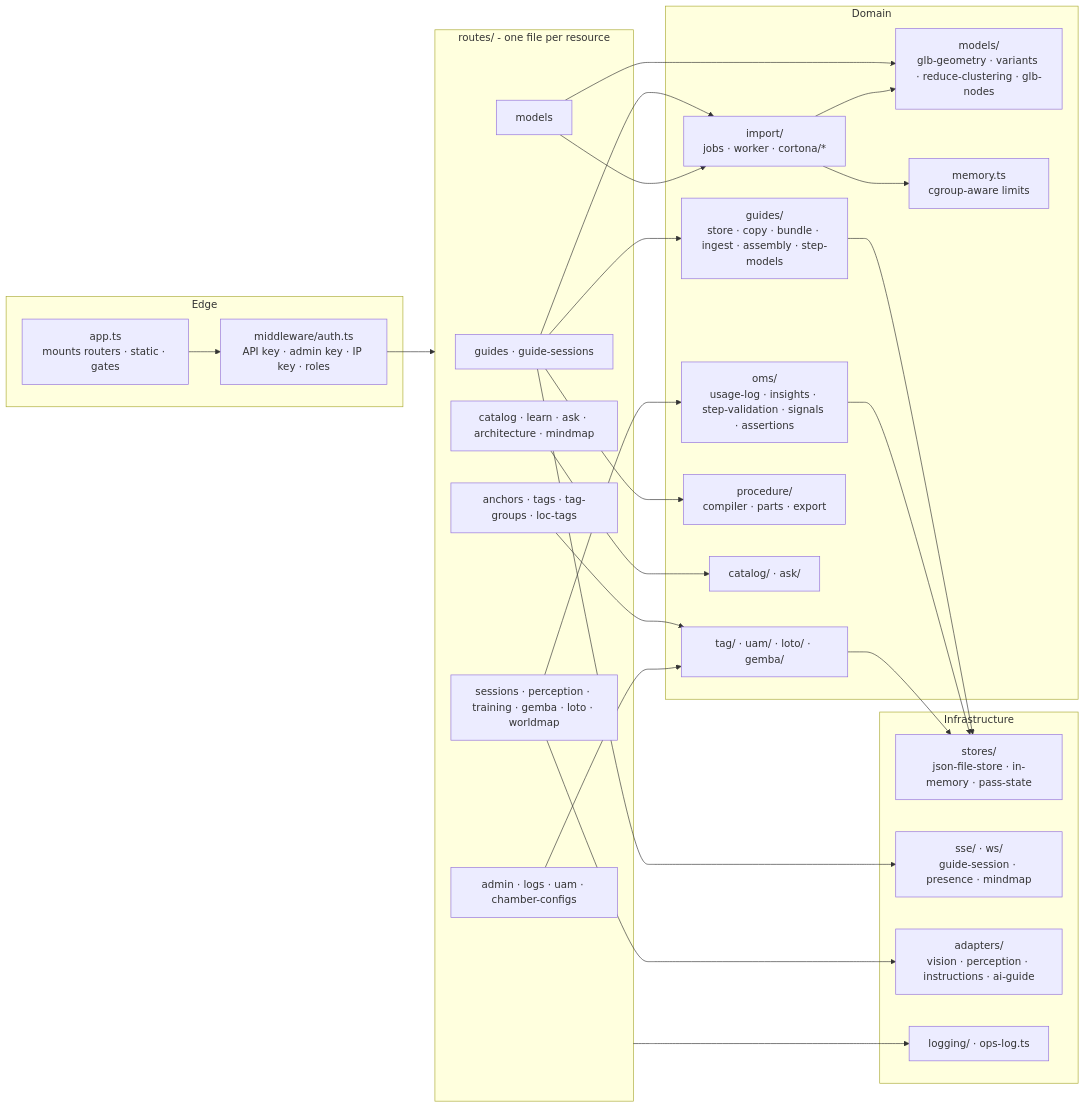
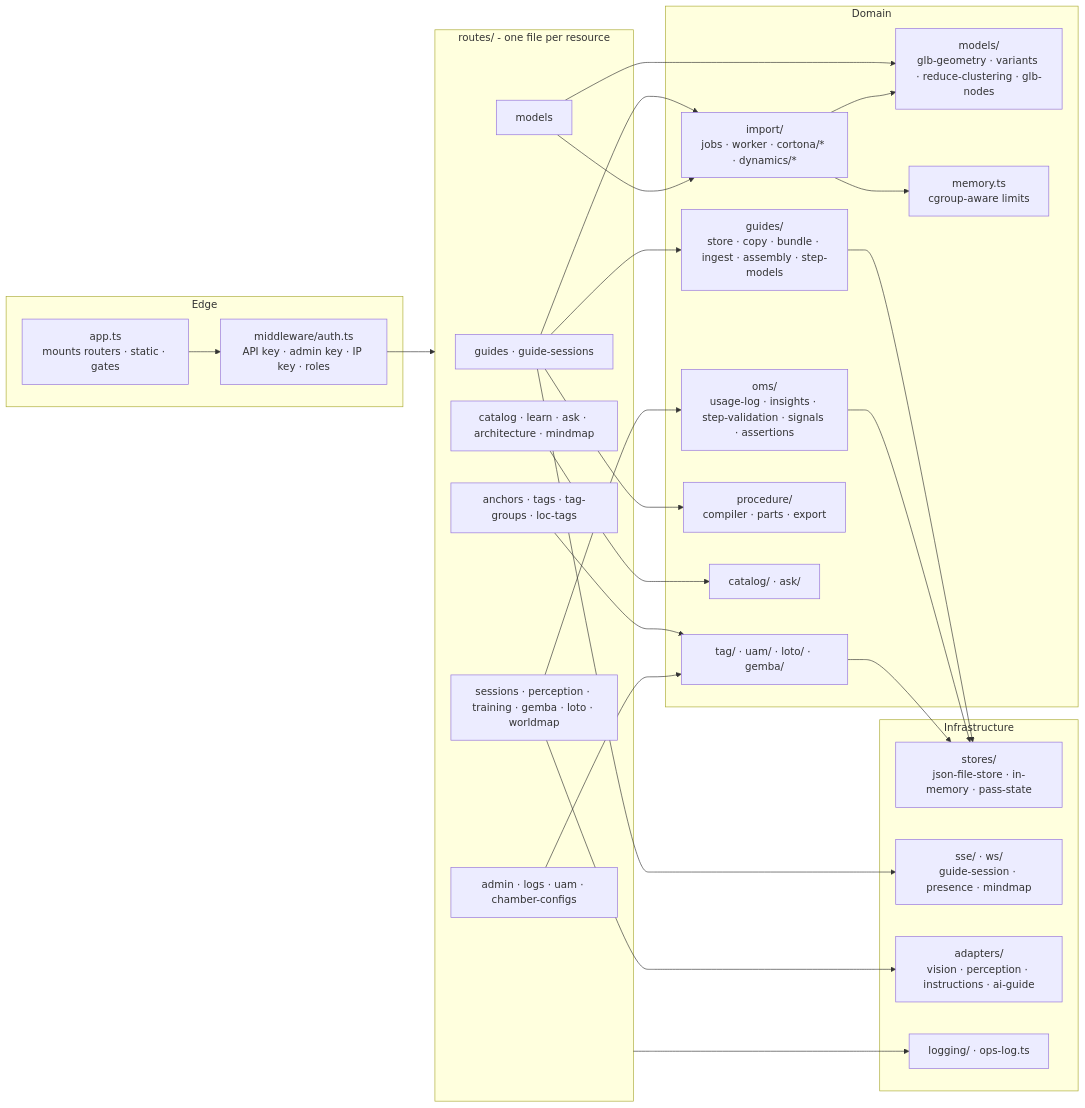
The fourth of 6 diagrams in docs/ARCHITECTURE.md (krocx/spatial-tapgging-app), drawn with Mermaid before and after one commit. The commit also changed 12 other files, not shown here.

````diff
--- a/docs/ARCHITECTURE.md
+++ b/docs/ARCHITECTURE.md
@@ -146,49 +146,49 @@
 ```mermaid
 flowchart LR
   subgraph EDGE["Edge"]
     APPTS["app.ts<br/>mounts routers · static · gates"]
     AUTH["middleware/auth.ts<br/>API key · admin key · IP key · roles"]
   end
   subgraph ROUTES["routes/ - one file per resource"]
     R_GUIDES["guides · guide-sessions"]
     R_MODELS["models"]
     R_ANCH["anchors · tags · tag-groups · loc-tags"]
     R_OPS["admin · logs · uam · chamber-configs"]
     R_OMS["sessions · perception · training · gemba · loto · worldmap"]
     R_DOCS["catalog · learn · ask · architecture · mindmap"]
   end
   subgraph DOMAIN["Domain"]
     GUIDES["guides/<br/>store · copy · bundle · ingest · assembly · step-models"]
-    IMPORT["import/<br/>jobs · worker · cortona/*"]
+    IMPORT["import/<br/>jobs · worker · cortona/* · dynamics/*"]
     MODELSD["models/<br/>glb-geometry · variants · reduce-clustering · glb-nodes"]
     OMS["oms/<br/>usage-log · insights · step-validation · signals · assertions"]
     TAG["tag/ · uam/ · loto/ · gemba/"]
     PROC["procedure/<br/>compiler · parts · export"]
     CATALOG["catalog/ · ask/"]
     MEM["memory.ts<br/>cgroup-aware limits"]
   end
   subgraph INFRA["Infrastructure"]
     STORES["stores/<br/>json-file-store · in-memory · pass-state"]
     SSE["sse/ · ws/<br/>guide-session · presence · mindmap"]
     ADAPT["adapters/<br/>vision · perception · instructions · ai-guide"]
     LOG["logging/ · ops-log.ts"]
   end
   APPTS --> AUTH --> ROUTES
   R_GUIDES --> GUIDES
   R_GUIDES --> IMPORT
   R_MODELS --> MODELSD
   R_MODELS --> IMPORT
   IMPORT --> MODELSD
   IMPORT --> MEM
   R_OMS --> OMS
   R_ANCH --> TAG
   R_OPS --> TAG
   R_DOCS --> CATALOG
   R_GUIDES --> PROC
   GUIDES --> STORES
   OMS --> STORES
   TAG --> STORES
   R_GUIDES --> SSE
   R_OMS --> ADAPT
   ROUTES --> LOG
 ```
````
